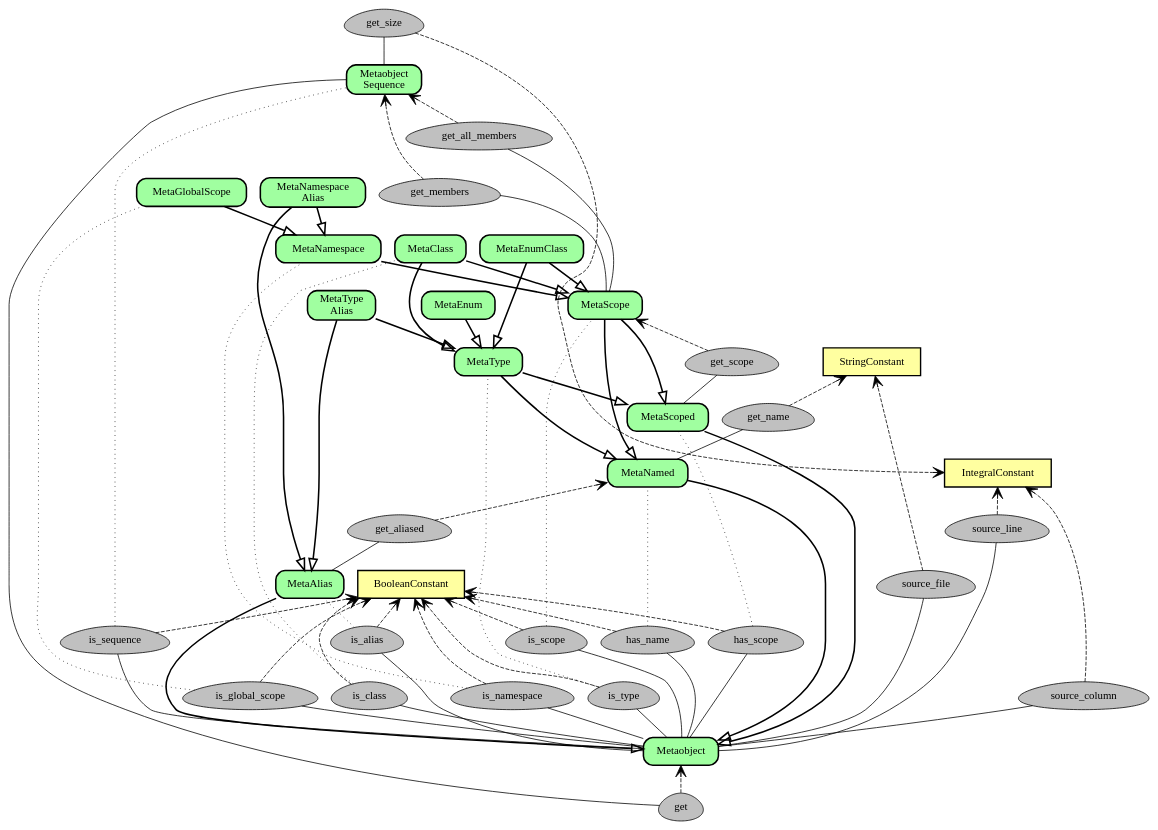
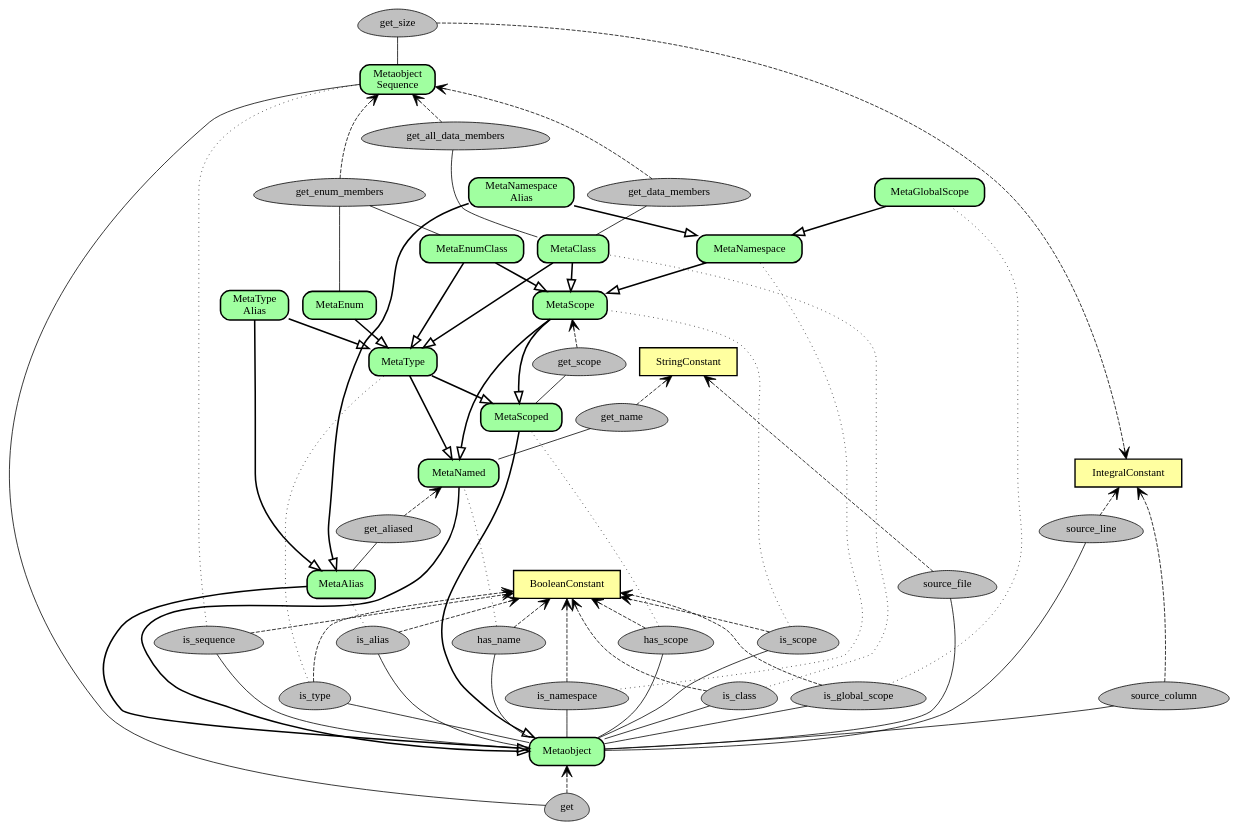
One commit to matus-chochlik/std_cpp_refl changed the diagram in doc/graphviz/reference.dot. Above: the diagram before and after it, drawn with Graphviz.

Commit message:
Updated the graphviz diagram

```diff
--- a/doc/graphviz/reference.dot
+++ b/doc/graphviz/reference.dot
@@ -1,159 +1,163 @@
 digraph metaobjects {
 	overlap=false
 	rankdir=BT
 	ranksep=0.5
 	maxiter=100000
 
 	subgraph {
 		node [penwidth=1.8,style="filled",shape="box",fillcolor="#ffffa0"]
 		StringConstant
 		IntegralConstant
 		BooleanConstant
 	}
 
 	node [penwidth=2,style="rounded,filled",shape="box",fillcolor="#a0ffa0"]
 	Metaobject 
 	MetaNamed
 	MetaScoped
 	MetaScope
 	MetaAlias
 	MetaNamespace
 	MetaNamespaceAlias [label="MetaNamespace\nAlias"]
 	MetaGlobalScope
 	MetaType
 	MetaTypeAlias [label="MetaType\nAlias"]
 	MetaClass
 	MetaEnum
 	MetaEnumClass
 
 	MetaobjectSequence [label="Metaobject\nSequence"]
 
 	node [penwidth=1,style="filled",shape="egg",fillcolor="#c0c0c0"]
 
 	is_sequence
 
 	subgraph {
 		rank=same
 		is_namespace
 		is_global_scope
 		is_type
 		is_class
 	}
 	subgraph {
 		rank=same
 		has_name
 		has_scope
 		is_scope
 		is_alias
 	}
 	subgraph {
 		source_file
 		source_line
 		source_column
 		source_file -> source_line [style="invisible",dir="none"]
 	}
 
 	is_namespace -> has_name [style="invisible",dir="none"]
 	has_name -> source_file [style="invisible",dir="none"]
 
 	get_name
 	get_scope
 	get_aliased
-	get_members
-	get_all_members
+	get_data_members
+	get_all_data_members
+	get_enum_members
 	get_size
 	get
 
 	edge [penwidth=2,dir="both",arrowsize=1.5,arrowtail="onormal",arrowhead="none"]
 
 	Metaobject -> MetaNamed
 	Metaobject -> MetaScoped
 	Metaobject -> MetaAlias
 
 	MetaNamed -> MetaScope
 	MetaScoped -> MetaScope
 
 	MetaScope -> MetaNamespace
 	MetaNamespace -> MetaNamespaceAlias
 	MetaAlias -> MetaNamespaceAlias
 	MetaNamespace -> MetaGlobalScope
 
 	MetaNamed -> MetaType
 	MetaScoped -> MetaType
 	MetaType -> MetaTypeAlias
 	MetaAlias -> MetaTypeAlias
 
 	MetaType -> MetaScope [style="invisible",dir="none"]
 	MetaNamed -> MetaScoped [style="invisible",dir="none"]
 
 	MetaType -> MetaClass
 	MetaScope -> MetaClass
 
 	MetaType -> MetaEnum
 
 	MetaType -> MetaEnumClass
 	MetaScope -> MetaEnumClass
 
 	edge [penwidth=1,arrowhead="none",arrowtail="none",style="solid"]
 	Metaobject -> is_sequence
 	Metaobject -> is_namespace
 	Metaobject -> is_global_scope
 	Metaobject -> is_type
 	Metaobject -> is_class
 	Metaobject -> has_name
 	Metaobject -> has_scope
 	Metaobject -> is_scope
 	Metaobject -> is_alias
 
 	Metaobject -> source_file
 	Metaobject -> source_line
 	Metaobject -> source_column
 
 	MetaobjectSequence -> get [constraint=false]
 	MetaobjectSequence -> get_size
 	MetaNamed -> get_name
 	MetaScoped -> get_scope
-	MetaScope -> get_members
-	MetaScope -> get_all_members
 	MetaAlias -> get_aliased
 
-	MetaClass -> get_members [style="invisible",dir="none"]
-	MetaNamespace -> get_members [style="invisible",dir="none"]
-	get_members -> get_all_members [style="invisible",dir="none"]
+	MetaClass -> get_data_members
+	MetaClass -> get_all_data_members
+	get_data_members -> get_all_data_members [style="invisible",dir="none"]
+
+	MetaEnum -> get_enum_members
+	MetaEnumClass -> get_enum_members
+
 	get_name -> get_scope [style="invisible",dir="none"]
 
 	edge [penwidth=1,arrowhead="vee",style="dashed"]
 	is_sequence -> BooleanConstant
 	is_namespace -> BooleanConstant
 	is_global_scope -> BooleanConstant
 	is_type -> BooleanConstant
 	is_class -> BooleanConstant
 	has_name -> BooleanConstant
 	has_scope -> BooleanConstant
 	is_scope -> BooleanConstant
 	is_alias -> BooleanConstant
 
 	source_file -> StringConstant
 	source_line -> IntegralConstant
 	source_column -> IntegralConstant
 
 	get -> Metaobject
 	get_size -> IntegralConstant [constraint=false]
 	get_name -> StringConstant
 	get_scope -> MetaScope
-	get_members -> MetaobjectSequence
-	get_all_members -> MetaobjectSequence
+	get_data_members -> MetaobjectSequence
+	get_all_data_members -> MetaobjectSequence
+	get_enum_members -> MetaobjectSequence
 	get_aliased -> MetaNamed
 
 	edge [penwidth=1,arrowhead="none",style="dotted"]
 	is_sequence -> MetaobjectSequence
 	is_namespace -> MetaNamespace
 	is_global_scope -> MetaGlobalScope
 	is_type -> MetaType
 	is_class -> MetaClass
 	has_name -> MetaNamed
 	has_scope -> MetaScoped
 	is_scope -> MetaScope
 	is_alias -> MetaAlias
 
 }
```
